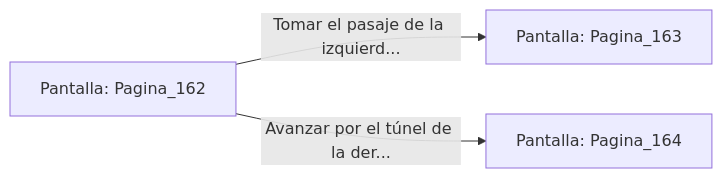
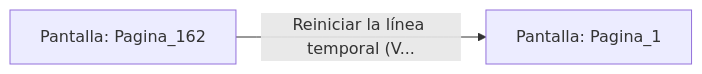
One commit to metsuke/mpl changed the diagram in sample/eligejuego-vault/Pantalla_Pagina_162.md. Above: the diagram before and after it, drawn with Mermaid. The commit also changed other lines of this file and 635 other files, not shown here.

First line of the commit message:
fix: añadir Pagina_1 como pantalla inicial en capitulo_01.mpl

````diff
--- a/sample/eligejuego-vault/Pantalla_Pagina_162.md
+++ b/sample/eligejuego-vault/Pantalla_Pagina_162.md
@@ -20,6 +17,5 @@
 ```mermaid
 graph LR
     P_Pagina_162["Pantalla: Pagina_162"]
-    P_Pagina_162 -->|"Tomar el pasaje de la izquierd..."| P_Pagina_163["Pantalla: Pagina_163"]
-    P_Pagina_162 -->|"Avanzar por el túnel de la der..."| P_Pagina_164["Pantalla: Pagina_164"]
+    P_Pagina_162 -->|"Reiniciar la línea temporal (V..."| P_Pagina_1["Pantalla: Pagina_1"]
 ```
````
